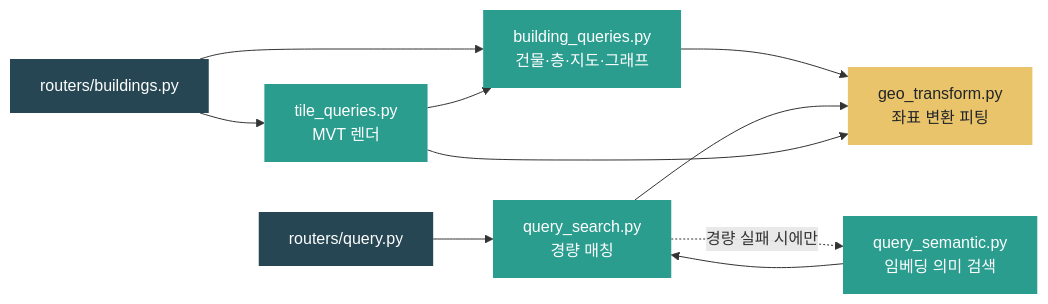
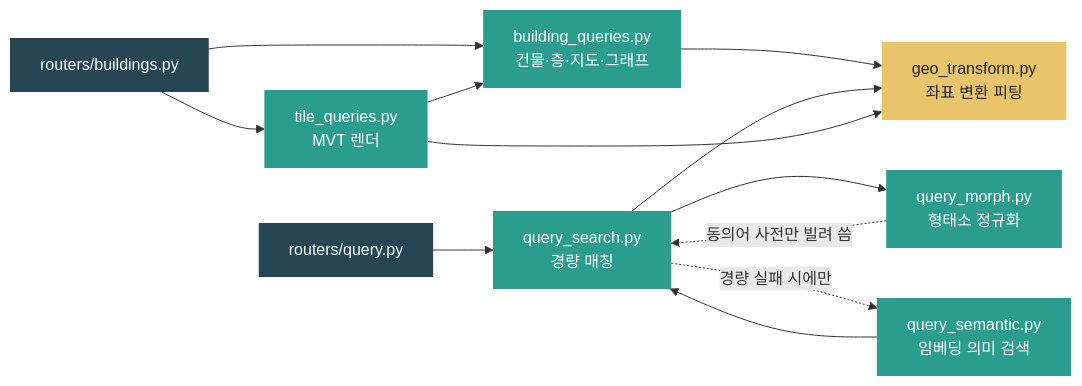
Before and after one commit to Routex-labs/Navigation: the first of 5 diagrams in backend/app/repositories/README.md, drawn with Mermaid. The commit also changed other lines of this file and 2 other files, not shown here.

First line of the commit message:
docs: 형태소 정규화 설계 문서 추가와 관련 문서 갱신

````diff
--- a/backend/app/repositories/README.md
+++ b/backend/app/repositories/README.md
@@ -27,28 +28,31 @@
 ```mermaid
 flowchart LR
     RB["routers/buildings.py"]
     RQ["routers/query.py"]
 
     BQ["building_queries.py<br/>건물·층·지도·그래프"]
     QS["query_search.py<br/>경량 매칭"]
+    MO["query_morph.py<br/>형태소 정규화"]
     SEM["query_semantic.py<br/>임베딩 의미 검색"]
     TQ["tile_queries.py<br/>MVT 렌더"]
     GT["geo_transform.py<br/>좌표 변환 피팅"]
 
     RB --> BQ & TQ
     RQ --> QS
 
+    QS --> MO
+    MO -. "동의어 사전만 빌려 씀" .-> QS
     QS -. "경량 실패 시에만" .-> SEM
     SEM --> QS
     TQ --> BQ
     BQ --> GT
     QS --> GT
     TQ --> GT
 
     classDef entry fill:#264653,color:#fff,stroke:none
     classDef core fill:#2a9d8f,color:#fff,stroke:none
     classDef shared fill:#e9c46a,color:#212529,stroke:none
     class RB,RQ entry
-    class BQ,QS,SEM,TQ core
+    class BQ,QS,MO,SEM,TQ core
     class GT shared
 ```
````
